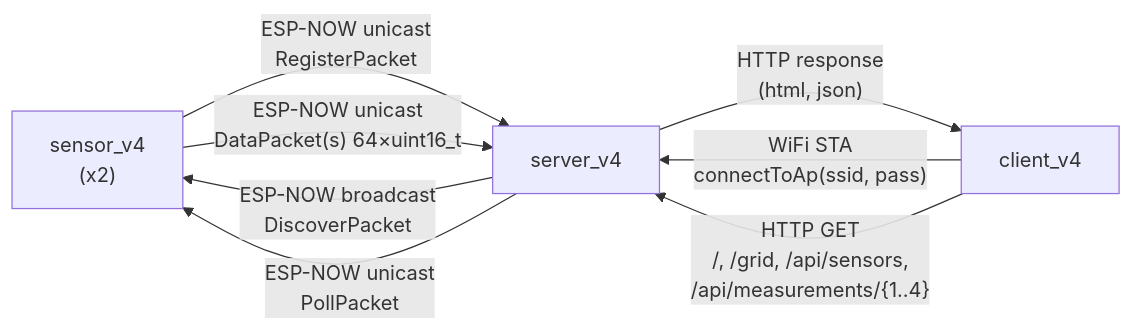
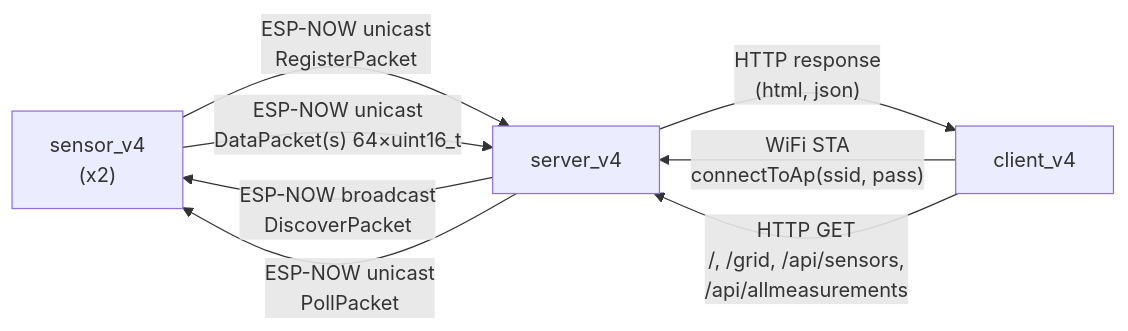
The diagram in apps/sensorgrid_v4/doc/mermaid/sensorgrid_v4_object_model.mmd (nepbuur1/godmode_sensorgrid), drawn with Mermaid before and after one commit. The commit also changed 11 other files, not shown here.

```diff
--- a/apps/sensorgrid_v4/doc/mermaid/sensorgrid_v4_object_model.mmd
+++ b/apps/sensorgrid_v4/doc/mermaid/sensorgrid_v4_object_model.mmd
@@ -1,21 +1,21 @@
 graph LR
     sensor_v4["sensor_v4
 (x2)"]
     server_v4["server_v4"]
     client_v4["client_v4"]
 
     server_v4 -- "ESP-NOW broadcast
 DiscoverPacket" --> sensor_v4
     sensor_v4 -- "ESP-NOW unicast
 RegisterPacket" --> server_v4
     server_v4 -- "ESP-NOW unicast
 PollPacket" --> sensor_v4
     sensor_v4 -- "ESP-NOW unicast
 DataPacket(s) 64×uint16_t" --> server_v4
     client_v4 -- "WiFi STA
 connectToAp(ssid, pass)" --> server_v4
     client_v4 -- "HTTP GET
 /, /grid, /api/sensors,
-/api/measurements/{1..4}" --> server_v4
+/api/allmeasurements" --> server_v4
     server_v4 -- "HTTP response
 (html, json)" --> client_v4
```
